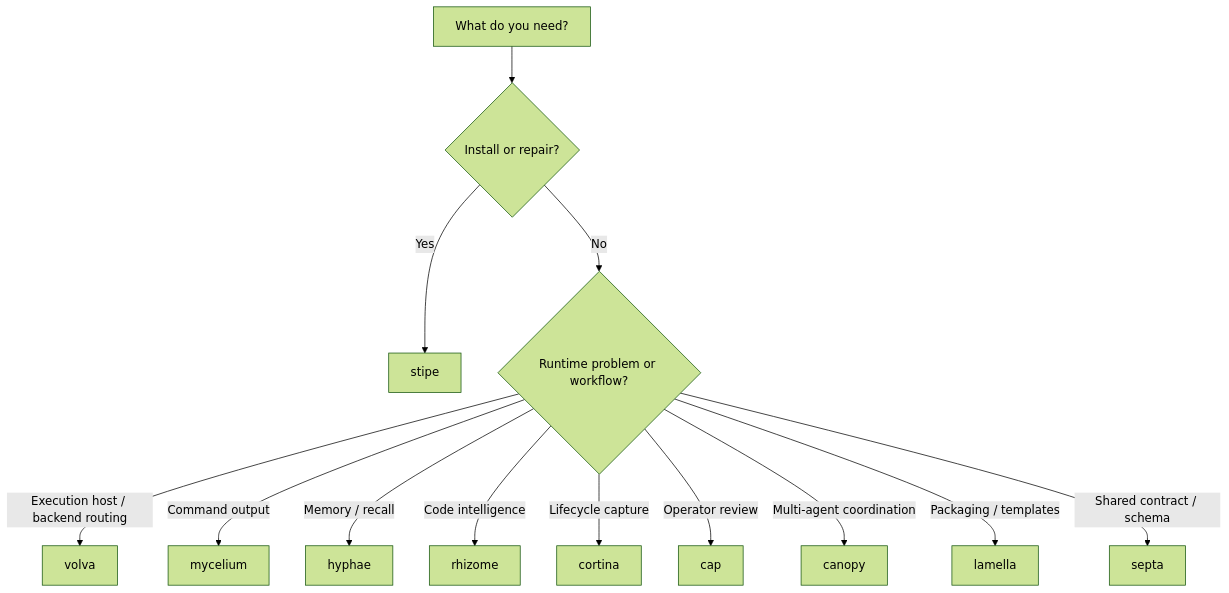
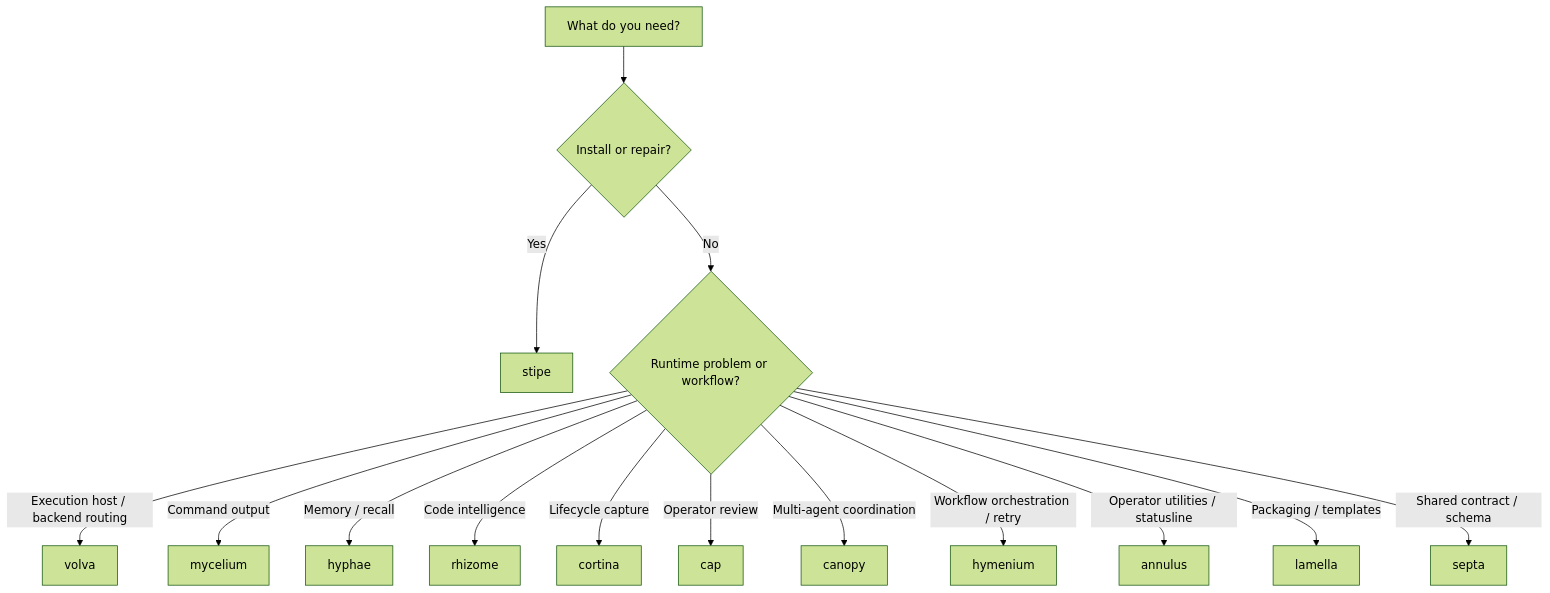
One commit to basidiocarp/.github changed the diagram in docs/getting-started/tool-selection.md. Above: the diagram before and after it, drawn with Mermaid (forest theme). The commit also changed other lines of this file and 7 other files, not shown here.

Commit message:
docs: add hymenium and annulus to ecosystem tables and architecture docs

````diff
--- a/docs/getting-started/tool-selection.md
+++ b/docs/getting-started/tool-selection.md
@@ -23,15 +25,17 @@
 ```mermaid
 flowchart TD
     Start["What do you need?"] --> Install{"Install or repair?"}
     Install -->|"Yes"| Stipe["stipe"]
     Install -->|"No"| Runtime{"Runtime problem or workflow?"}
     Runtime -->|"Execution host / backend routing"| Volva["volva"]
     Runtime -->|"Command output"| Mycelium["mycelium"]
     Runtime -->|"Memory / recall"| Hyphae["hyphae"]
     Runtime -->|"Code intelligence"| Rhizome["rhizome"]
     Runtime -->|"Lifecycle capture"| Cortina["cortina"]
     Runtime -->|"Operator review"| Cap["cap"]
     Runtime -->|"Multi-agent coordination"| Canopy["canopy"]
+    Runtime -->|"Workflow orchestration / retry"| Hymenium["hymenium"]
+    Runtime -->|"Operator utilities / statusline"| Annulus["annulus"]
     Runtime -->|"Packaging / templates"| Lamella["lamella"]
     Runtime -->|"Shared contract / schema"| Septa["septa"]
 ```
````
